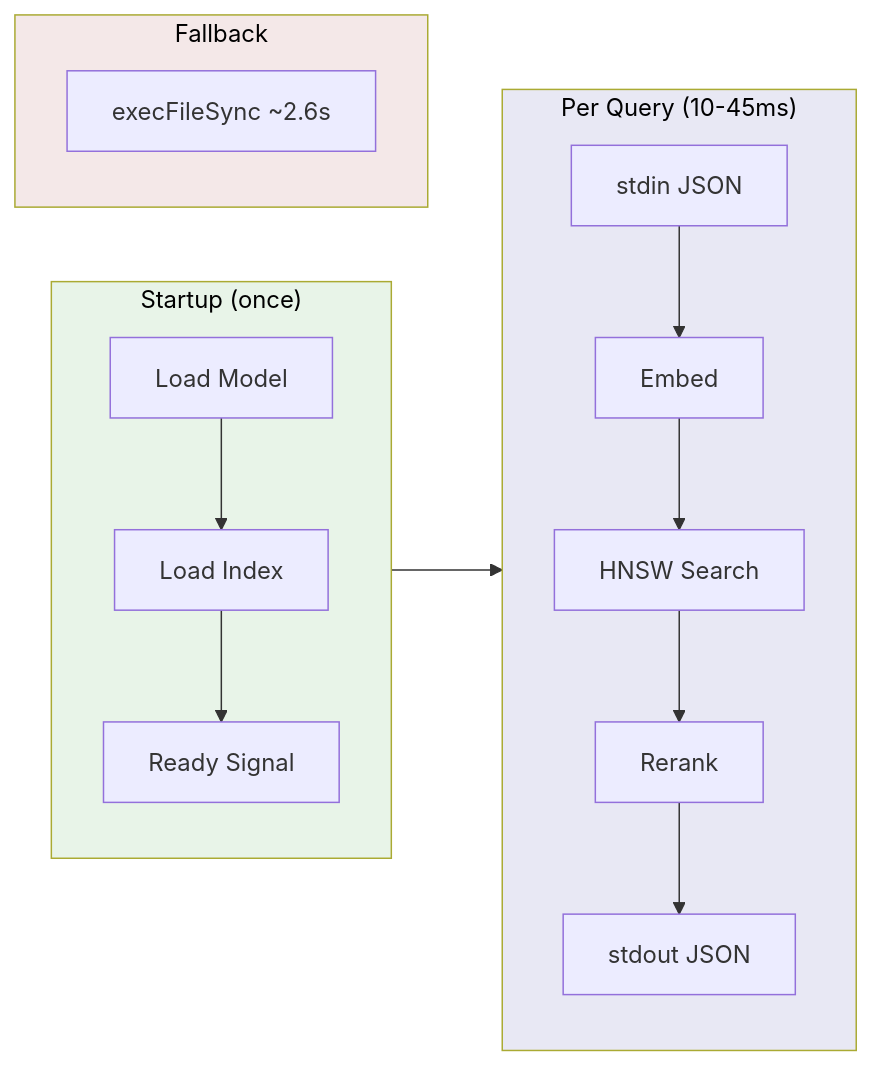
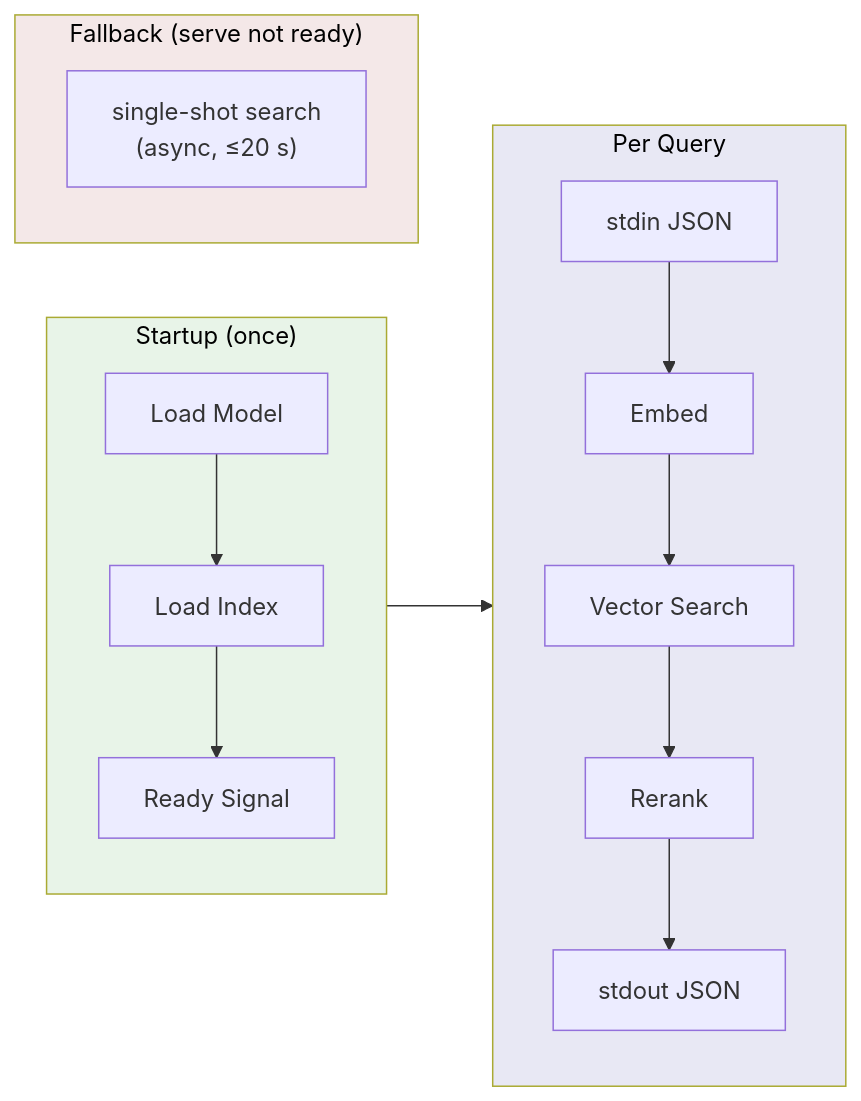
One commit to krejcif/magector changed the sixth of 9 diagrams in README.md. Above: the diagram before and after it, drawn with Mermaid. The commit also changed other lines of this file, not shown here.

````diff
--- a/README.md
+++ b/README.md
@@ -917,17 +866,17 @@
 ```mermaid
 flowchart LR
   subgraph startup ["Startup (once)"]
     S1["Load Model"] --> S2["Load Index"] --> S3["Ready Signal"]
   end
   startup --> query
-  subgraph query ["Per Query (10-45ms)"]
-    Q1["stdin JSON"] --> Q2["Embed"] --> Q3["HNSW Search"] --> Q4["Rerank"] --> Q5["stdout JSON"]
+  subgraph query ["Per Query"]
+    Q1["stdin JSON"] --> Q2["Embed"] --> Q3["Vector Search"] --> Q4["Rerank"] --> Q5["stdout JSON"]
   end
-  subgraph fallback ["Fallback"]
-    F1["execFileSync ~2.6s"]
+  subgraph fallback ["Fallback (serve not ready)"]
+    F1["single-shot search<br/>(async, ≤20 s)"]
   end
 
   style startup fill:#e8f4e8,color:#000
   style query fill:#e8e8f4,color:#000
   style fallback fill:#f4e8e8,color:#000
 ```
````
